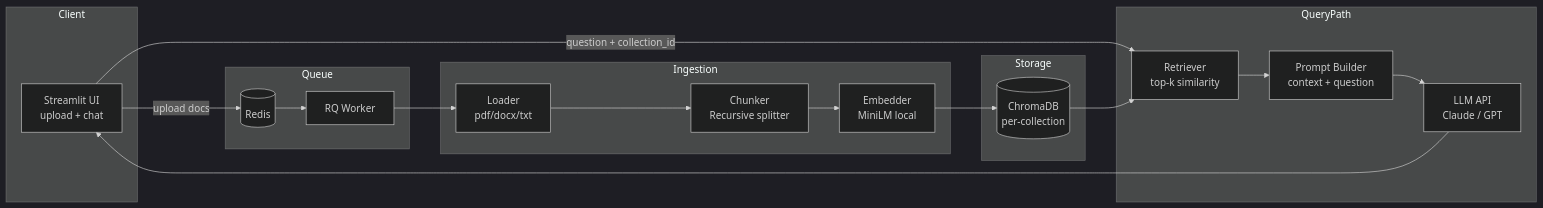
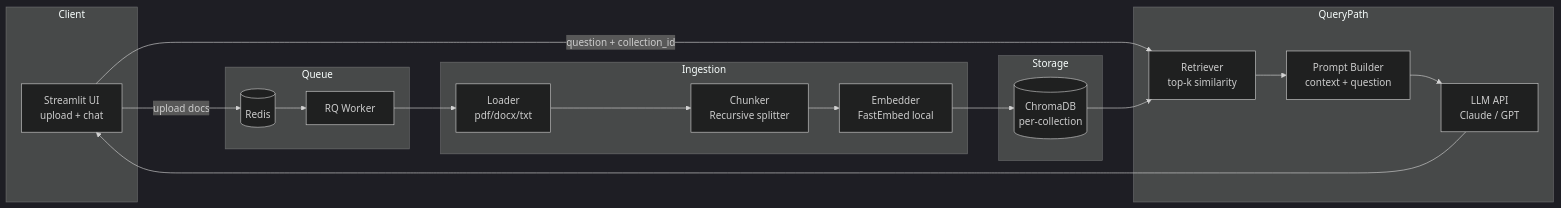
Before and after one commit to poshitha-12/rag-generator: the diagram in README.md, drawn with Mermaid (dark theme). The commit also changed other lines of this file and 2 other files, not shown here.

Commit message:
docs: correct stale sentence-transformers references to FastEmbed
The embeddings stack was switched to FastEmbed (langchain_community's
FastEmbedEmbeddings, ONNX-based) but README.md, CLAUDE_CODE_PROMPT.md,
and app/main.py's docstring still described it as sentence-transformers
(MiniLM). requirements.txt already only lists fastembed, so this just
brings the docs in line with what's actually installed and running.

````diff
--- a/README.md
+++ b/README.md
@@ -16,27 +16,27 @@
 ```mermaid
 flowchart LR
     subgraph Client
         UI[Streamlit UI<br/>upload + chat]
     end
     subgraph Queue
         REDIS[(Redis)]
         WORKER[RQ Worker]
     end
     subgraph Ingestion
         LOAD[Loader<br/>pdf/docx/txt]
         CHUNK[Chunker<br/>Recursive splitter]
-        EMB[Embedder<br/>MiniLM local]
+        EMB[Embedder<br/>FastEmbed local]
     end
     subgraph Storage
         VDB[(ChromaDB<br/>per-collection)]
     end
     subgraph QueryPath
         RET[Retriever<br/>top-k similarity]
         PROMPT[Prompt Builder<br/>context + question]
         LLM[LLM API<br/>Claude / GPT]
     end
     UI -- upload docs --> REDIS
     REDIS --> WORKER --> LOAD --> CHUNK --> EMB --> VDB
     UI -- question + collection_id --> RET
     VDB --> RET --> PROMPT --> LLM --> UI
 ```
````
